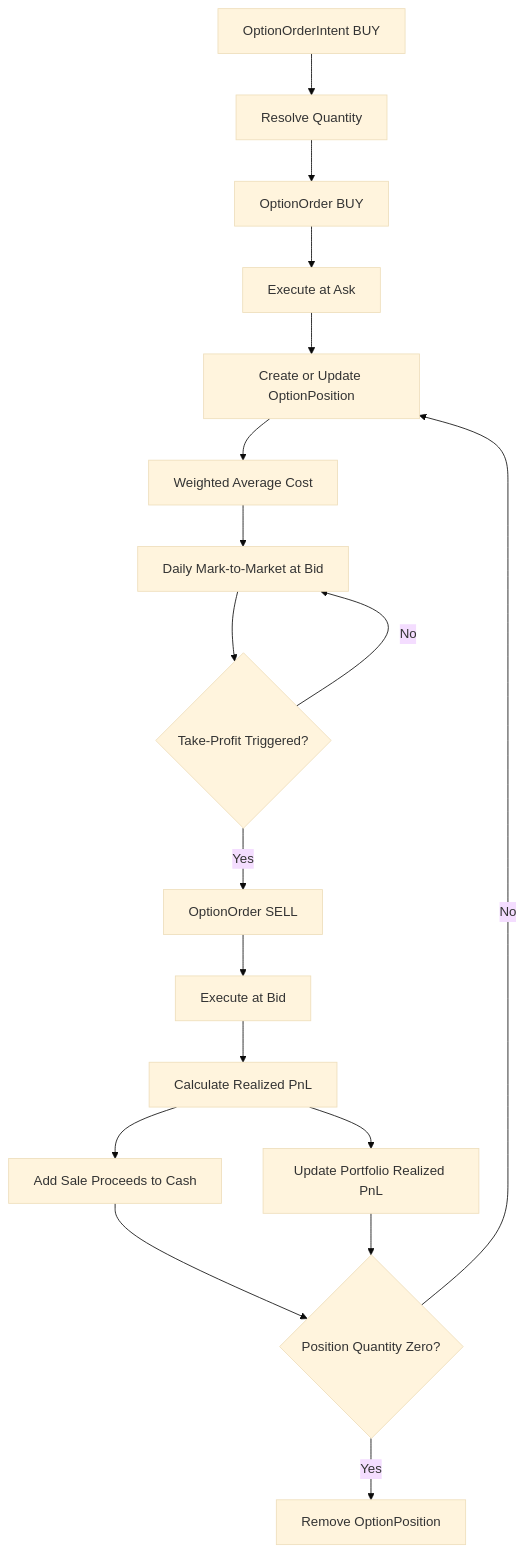
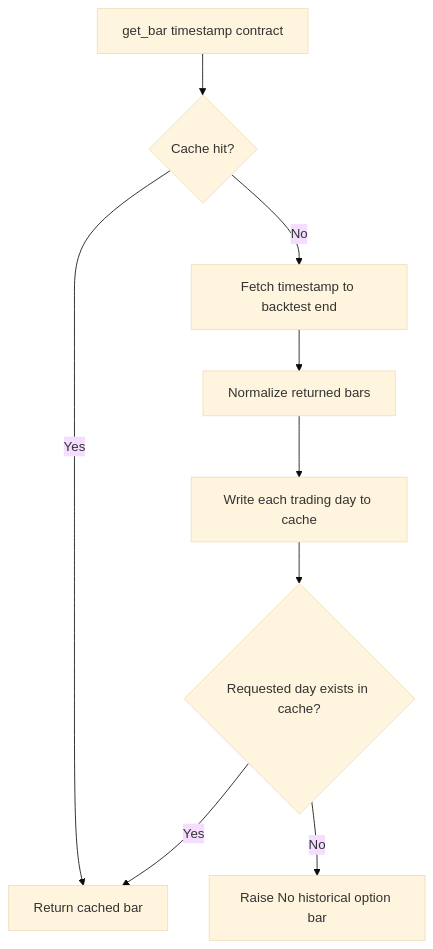
One commit to Kalvin-avenger/QuantResearch changed the fifth of 6 diagrams in docs/ARCHITECTURE.md. Above: the diagram before and after it, drawn with Mermaid (base theme). The commit also changed other lines of this file and 4 other files, not shown here.

````diff
--- a/docs/ARCHITECTURE.md
+++ b/docs/ARCHITECTURE.md
@@ -294,20 +231,11 @@
 ```mermaid
 flowchart TD
-    A[OptionOrderIntent BUY] --> B[Resolve Quantity]
-    B --> C[OptionOrder BUY]
-    C --> D[Execute at Ask]
-    D --> E[Create or Update OptionPosition]
-    E --> F[Weighted Average Cost]
-    F --> G[Daily Mark-to-Market at Bid]
-    G --> H{Take-Profit Triggered?}
-    H -- No --> G
-    H -- Yes --> I[OptionOrder SELL]
-    I --> J[Execute at Bid]
-    J --> K[Calculate Realized PnL]
-    K --> L[Add Sale Proceeds to Cash]
-    K --> M[Update Portfolio Realized PnL]
-    L --> N{Position Quantity Zero?}
-    M --> N
-    N -- Yes --> O[Remove OptionPosition]
-    N -- No --> E
+    G[get_bar timestamp contract] --> C{Cache hit?}
+    C -->|Yes| R[Return cached bar]
+    C -->|No| F[Fetch timestamp to backtest end]
+    F --> N[Normalize returned bars]
+    N --> W[Write each trading day to cache]
+    W --> K{Requested day exists in cache?}
+    K -->|Yes| R
+    K -->|No| E[Raise No historical option bar]
 ```
````
